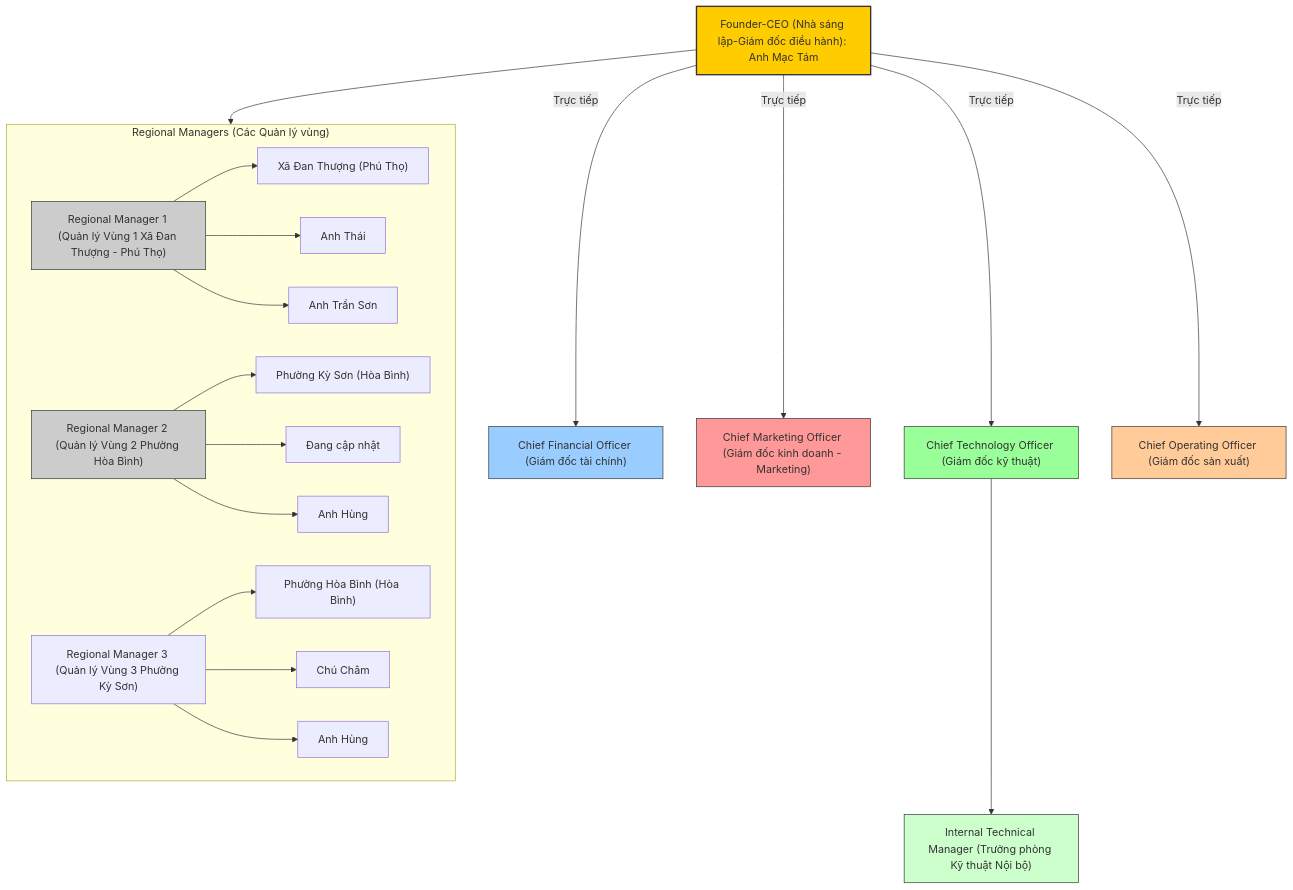
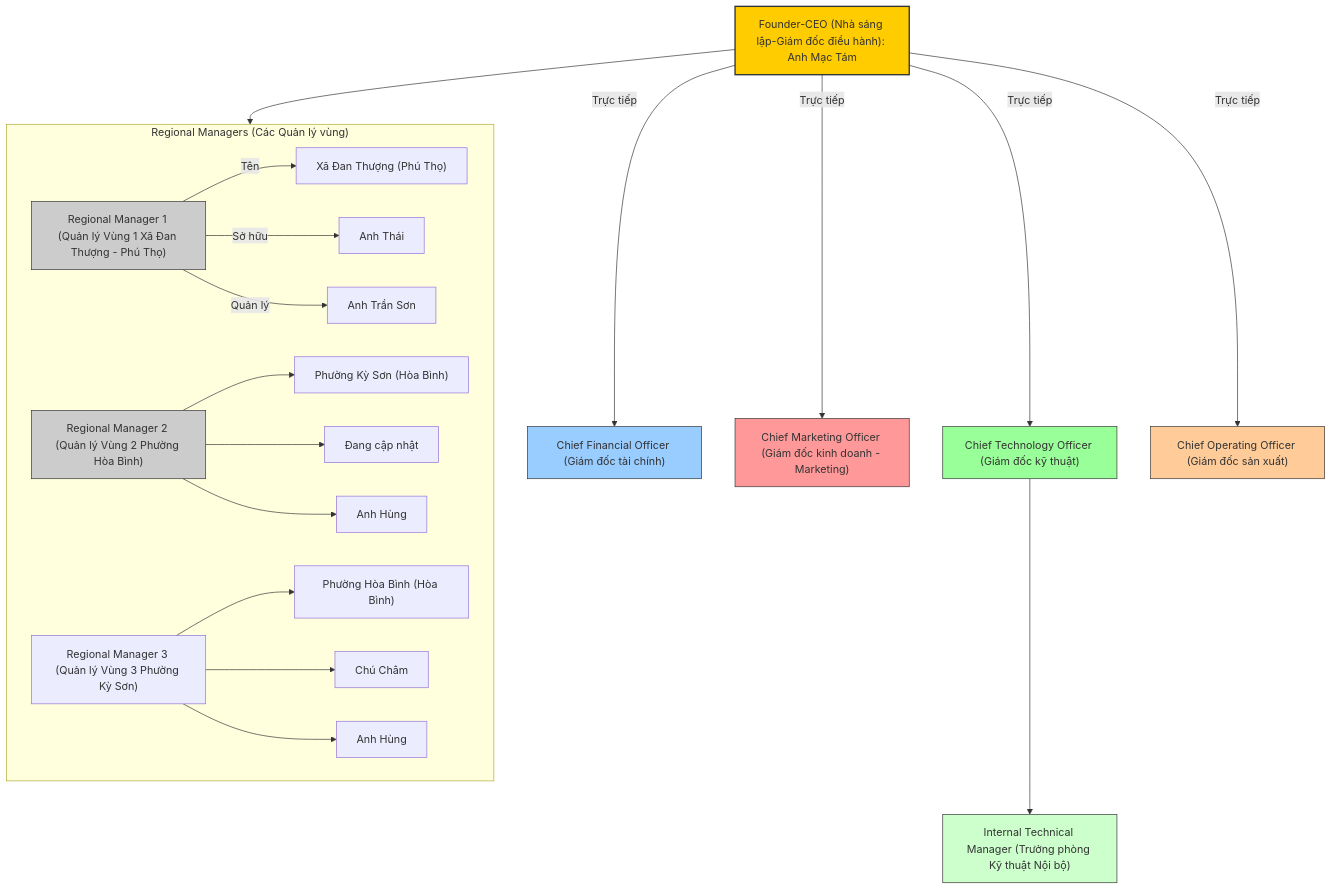
The diagram in organizational-chart.md (trethanhphat/gioi-thieu), drawn with Mermaid before and after one commit.

````diff
--- a/organizational-chart.md
+++ b/organizational-chart.md
@@ -3,42 +3,42 @@
 ```mermaid
 flowchart TD
 CEO["Founder-CEO (Nhà sáng lập-Giám đốc điều hành): Anh Mạc Tám"]
     CEO --> |"Trực tiếp"| CFO["Chief Financial Officer (Giám đốc tài chính)"]
     CEO --> |"Trực tiếp"| CMO["Chief Marketing Officer (Giám đốc kinh doanh - Marketing)"]
     CEO --> |"Trực tiếp"| CTO["Chief Technology Officer (Giám đốc kỹ thuật)"]
     CEO --> |"Trực tiếp"| COO["Chief Operating Officer (Giám đốc sản xuất)"]
     %% Gom nhóm quản lý vùng
     subgraph REG["Regional Managers (Các Quản lý vùng)"]
         direction LR
         RM1["Regional Manager 1 (Quản lý Vùng 1 Xã Đan Thượng - Phú Thọ)"]
-        RM1 --> RM1-NAME["Xã Đan Thượng (Phú Thọ)"]
-        RM1 --> RM1-OWNER["Anh Thái"]
-        RM1 --> RM1-MAN["Anh Trần Sơn"]
+        RM1 --> |"Tên"| RM1-NAME["Xã Đan Thượng (Phú Thọ)"]
+        RM1 --> |"Sở hữu"|RM1-OWNER["Anh Thái"]
+        RM1 --> |"Quản lý"|RM1-MAN["Anh Trần Sơn"]
 
         RM2["Regional Manager 2 (Quản lý Vùng 2 Phường Hòa Bình)"]
         RM2 --> RM2-NAME["Phường Kỳ Sơn (Hòa Bình)"]
         RM2 --> RM2-MAN["Đang cập nhật"]
         RM2 --> RM2-OWNER["Anh Hùng"]
 
         RM3["Regional Manager 3 (Quản lý Vùng 3 Phường Kỳ Sơn)"]
         RM3 --> RM3-NAME["Phường Hòa Bình (Hòa Bình)"]
         RM3 --> RM3-MAN["Chú Châm"]
         RM3 --> RM3-OWNER["Anh Hùng"]
 
     end
     CEO --> REG
 
     CTO --> ITM["Internal Technical Manager (Trưởng phòng Kỹ thuật Nội bộ)"]
 
 %% 🎨 Màu sắc
     style CEO fill:#ffcc00,stroke:#333,stroke-width:2px
     style CFO fill:#99ccff,stroke:#333,stroke-width:1px
     style CMO fill:#ff9999,stroke:#333,stroke-width:1px
     style CTO fill:#99ff99,stroke:#333,stroke-width:1px
     style COO fill:#ffcc99,stroke:#333,stroke-width:1px
     style RM1 fill:#cccccc,stroke:#333,stroke-width:1px
     style RM2 fill:#cccccc,stroke:#333,stroke-width:1px
     style ITM fill:#ccffcc,stroke:#333,stroke-width:1px
 
 
 ```
````
